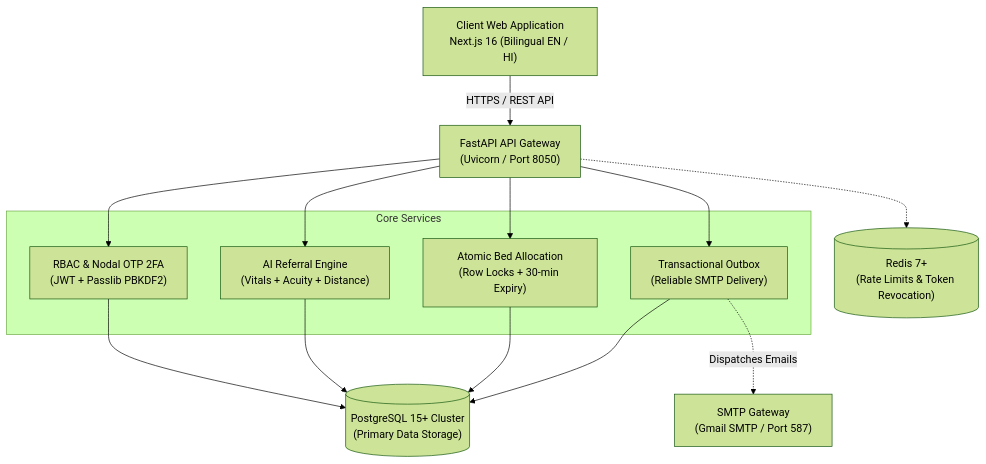
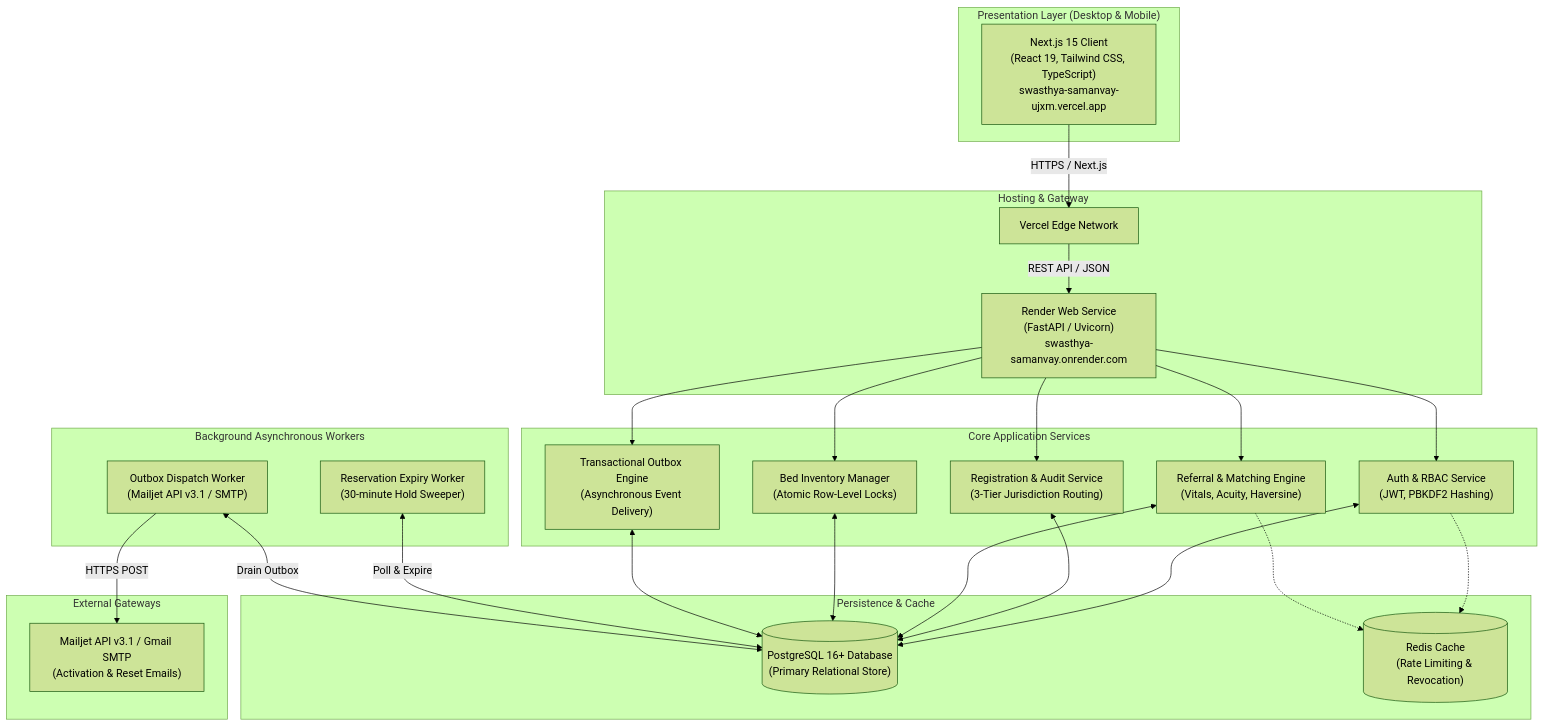
Before and after one commit to codeswith-pawan/SWASTHYA-SAMANVAY: the diagram in README.md, drawn with Mermaid (forest theme). The commit also changed other lines of this file and 5 other files, not shown here.

Commit message:
docs: add human-readable project README with live screenshots, architecture, and deployment guide

````diff
--- a/README.md
+++ b/README.md
@@ -59,28 +102,54 @@
 ```mermaid
-flowchart TD
-    Client["Client Web Application<br/>Next.js 16 (Bilingual EN / HI)"]
-    API["FastAPI API Gateway<br/>(Uvicorn / Port 8050)"]
-    
-    subgraph Core Services
-        Auth["RBAC & Nodal OTP 2FA<br/>(JWT + Passlib PBKDF2)"]
-        Referral["AI Referral Engine<br/>(Vitals + Acuity + Distance)"]
-        Inventory["Atomic Bed Allocation<br/>(Row Locks + 30-min Expiry)"]
-        Outbox["Transactional Outbox<br/>(Reliable SMTP Delivery)"]
+flowchart TB
+    subgraph Clients["Presentation Layer (Desktop & Mobile)"]
+        Browser["Next.js 15 Client<br/>(React 19, Tailwind CSS, TypeScript)<br/>swasthya-samanvay-ujxm.vercel.app"]
     end
-    
-    DB[("PostgreSQL 15+ Cluster<br/>(Primary Data Storage)")]
-    Cache[("Redis 7+<br/>(Rate Limits & Token Revocation)")]
-    SMTP["SMTP Gateway<br/>(Gmail SMTP / Port 587)"]
 
-    Client -->|HTTPS / REST API| API
-    API --> Auth
-    API --> Referral
-    API --> Inventory
-    API --> Outbox
-    Auth --> DB
-    Referral --> DB
-    Inventory --> DB
-    Outbox --> DB
-    API -.-> Cache
-    Outbox -.->|Dispatches Emails| SMTP
+    subgraph Edge["Hosting & Gateway"]
+        Vercel["Vercel Edge Network"]
+        Render["Render Web Service<br/>(FastAPI / Uvicorn)<br/>swasthya-samanvay.onrender.com"]
+    end
+
+    subgraph BackendServices["Core Application Services"]
+        AuthSvc["Auth & RBAC Service<br/>(JWT, PBKDF2 Hashing)"]
+        RegSvc["Registration & Audit Service<br/>(3-Tier Jurisdiction Routing)"]
+        RefSvc["Referral & Matching Engine<br/>(Vitals, Acuity, Haversine)"]
+        BedSvc["Bed Inventory Manager<br/>(Atomic Row-Level Locks)"]
+        OutboxSvc["Transactional Outbox Engine<br/>(Asynchronous Event Delivery)"]
+    end
+
+    subgraph Workers["Background Asynchronous Workers"]
+        ExpiryWorker["Reservation Expiry Worker<br/>(30-minute Hold Sweeper)"]
+        EmailWorker["Outbox Dispatch Worker<br/>(Mailjet API v3.1 / SMTP)"]
+    end
+
+    subgraph DataStorage["Persistence & Cache"]
+        Postgres[("PostgreSQL 16+ Database<br/>(Primary Relational Store)")]
+        RedisStore[("Redis Cache<br/>(Rate Limiting & Revocation)")]
+    end
+
+    subgraph External["External Gateways"]
+        MailjetGateway["Mailjet API v3.1 / Gmail SMTP<br/>(Activation & Reset Emails)"]
+    end
+
+    Browser -->|HTTPS / Next.js| Vercel
+    Vercel -->|REST API / JSON| Render
+    Render --> AuthSvc
+    Render --> RegSvc
+    Render --> RefSvc
+    Render --> BedSvc
+    Render --> OutboxSvc
+
+    AuthSvc <--> Postgres
+    RegSvc <--> Postgres
+    RefSvc <--> Postgres
+    BedSvc <--> Postgres
+    OutboxSvc <--> Postgres
+
+    AuthSvc -.-> RedisStore
+    RefSvc -.-> RedisStore
+
+    ExpiryWorker <-->|Poll & Expire| Postgres
+    EmailWorker <-->|Drain Outbox| Postgres
+    EmailWorker -->|HTTPS POST| MailjetGateway
 ```
````
